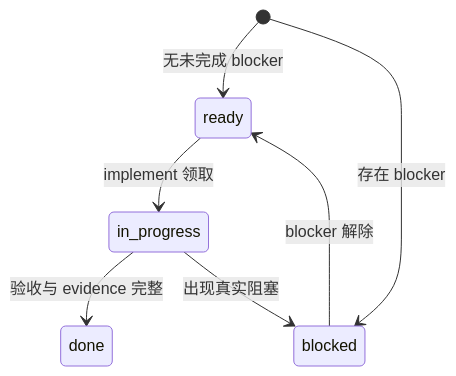
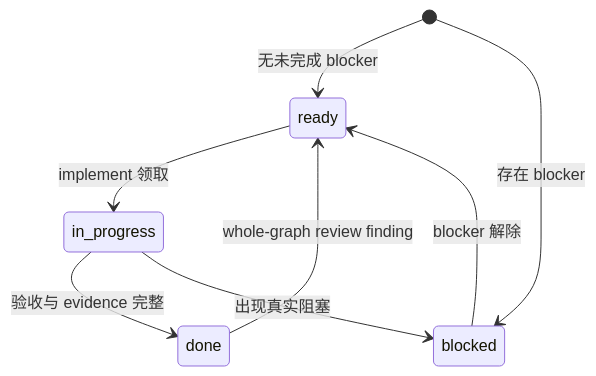
Before and after one commit to calvingit/skills: the second of 2 diagrams in README.md, drawn with Mermaid. The commit also changed other lines of this file and 7 other files, not shown here.

Commit message:
feat: add whole-graph review to loop

````diff
--- a/README.md
+++ b/README.md
@@ -180,9 +182,10 @@
 ```mermaid
 stateDiagram-v2
     [*] --> ready: 无未完成 blocker
     [*] --> blocked: 存在 blocker
     blocked --> ready: blocker 解除
     ready --> in_progress: implement 领取
     in_progress --> done: 验收与 evidence 完整
     in_progress --> blocked: 出现真实阻塞
+    done --> ready: whole-graph review finding
 ```
````
